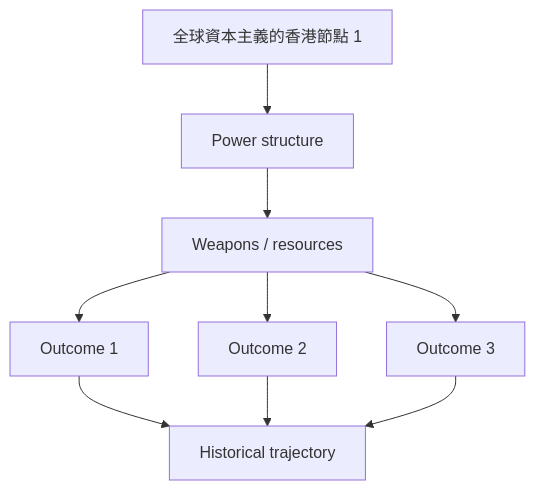
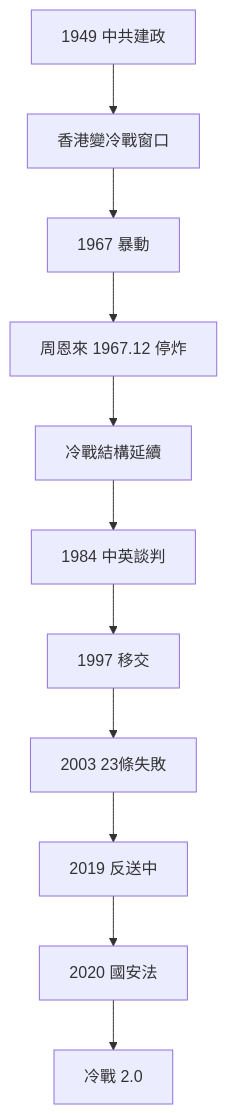
Before and after one commit to yip-lgtm/HKU-Harvard-History-Self-Study: the third of 10 diagrams in 01_HKU_Courses/HIST1017_Modern_Hong_Kong.md, drawn with Mermaid. The commit also changed other lines of this file and 7 other files, not shown here.

````diff
--- a/01_HKU_Courses/HIST1017_Modern_Hong_Kong.md
+++ b/01_HKU_Courses/HIST1017_Modern_Hong_Kong.md
@@ -265,11 +294,13 @@
 ```mermaid
 graph TD
-    A[全球資本主義的香港節點 1] --> B[Power structure]
-    B --> C[Weapons / resources]
-    C --> D[Outcome 1]
-    C --> E[Outcome 2]
-    C --> F[Outcome 3]
-    D --> G[Historical trajectory]
-    E --> G
-    F --> G
+    A[1949 中共建政] --> B[香港變冷戰窗口]
+    B --> C[1967 暴動]
+    C --> D[周恩來 1967.12 停炸]
+    D --> E[冷戰結構延續]
+    E --> F[1984 中英談判]
+    F --> G[1997 移交]
+    G --> H[2003 23條失敗]
+    H --> I[2019 反送中]
+    I --> J[2020 國安法]
+    J --> K[冷戰 2.0]
 ```
````
